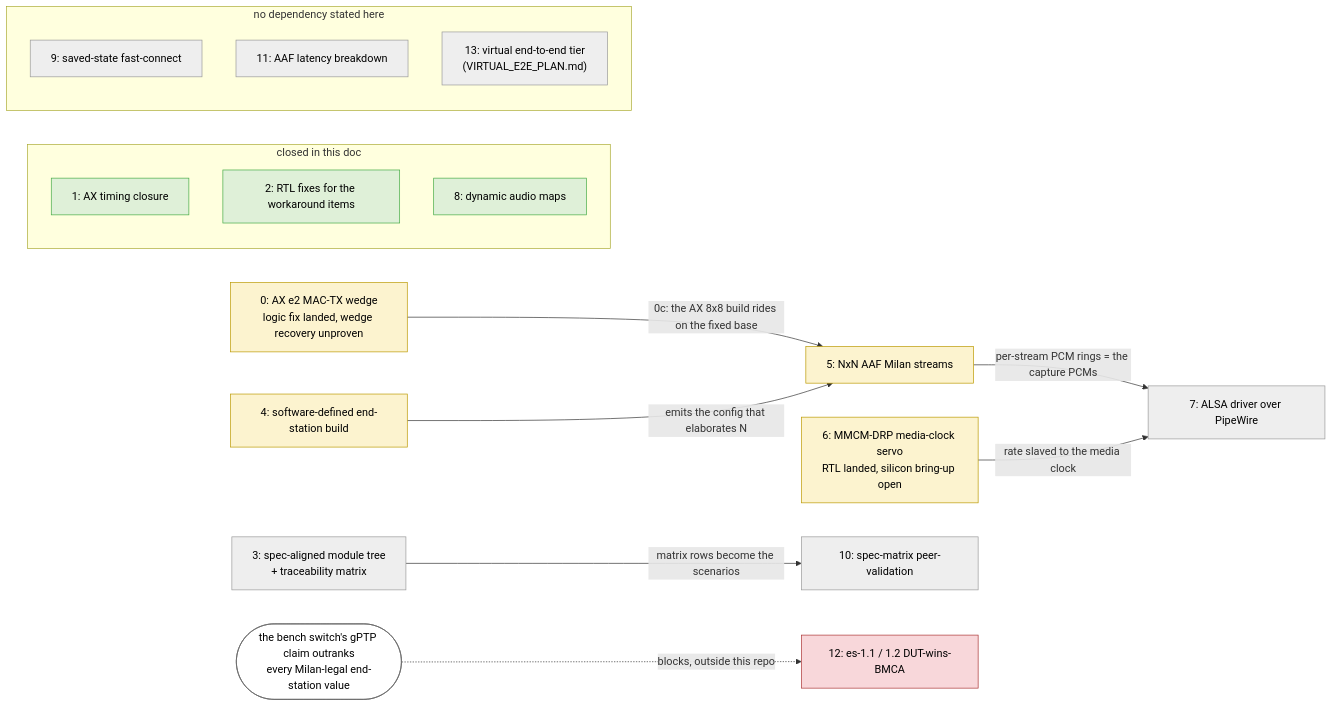
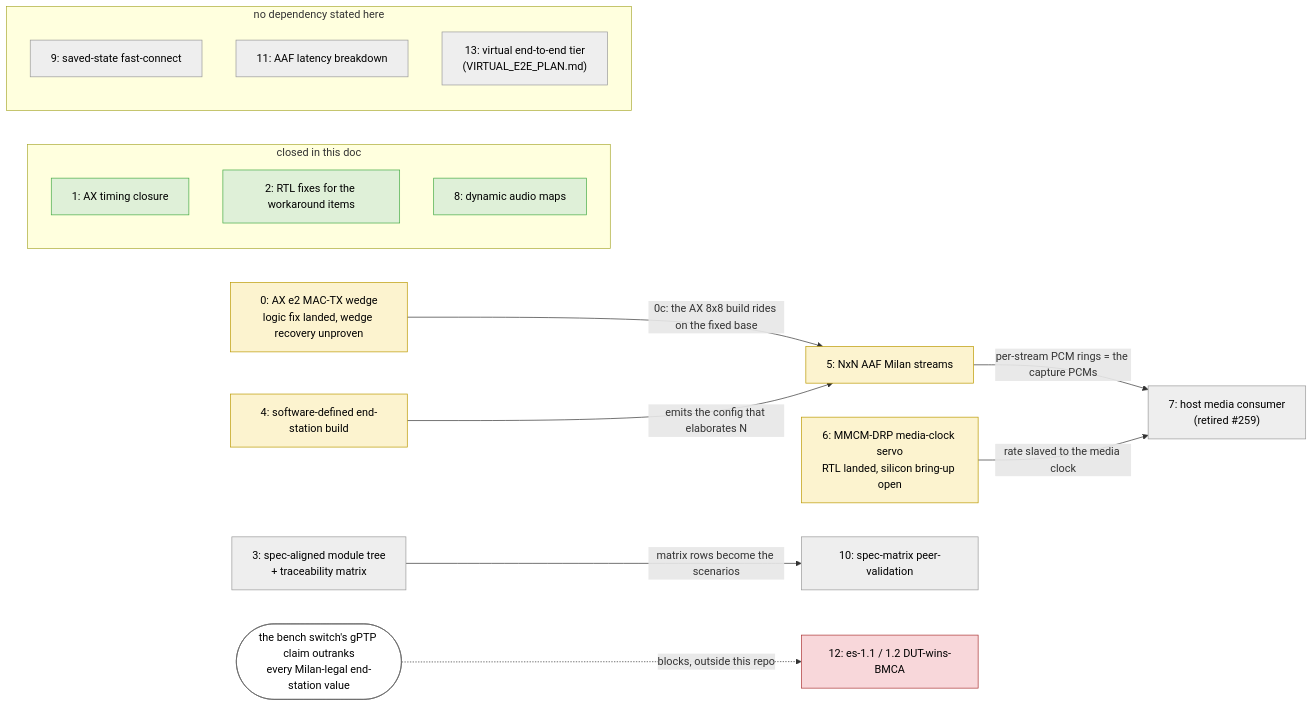
Before and after one commit to kebag-logic/milan-fpga: the diagram in docs/MILAN_COMPLIANCE_GAPS.md, drawn with Mermaid. The commit also changed other lines of this file and 4 other files, not shown here.

Commit message:
Rewrite the requirement, register-map, overview and bench authorities around the bare-metal product: the retired driver and device-tree requirement groups leave the checkout for git history

````diff
--- a/docs/MILAN_COMPLIANCE_GAPS.md
+++ b/docs/MILAN_COMPLIANCE_GAPS.md
@@ -1489,33 +1482,33 @@
 ```mermaid
 flowchart LR
     subgraph CLOSED["closed in this doc"]
         I1["1: AX timing closure"]:::done
         I2["2: RTL fixes for the workaround items"]:::done
         I8["8: dynamic audio maps"]:::done
     end
     subgraph FREE["no dependency stated here"]
         I9["9: saved-state fast-connect"]:::none
         I11["11: AAF latency breakdown"]:::none
         I13["13: virtual end-to-end tier<br/>(VIRTUAL_E2E_PLAN.md)"]:::none
     end
     I0["0: AX e2 MAC-TX wedge<br/>logic fix landed, wedge recovery unproven"]:::part
     I4["4: software-defined end-station build"]:::part
     I3["3: spec-aligned module tree<br/>+ traceability matrix"]:::none
     I5["5: NxN AAF Milan streams"]:::part
     I6["6: MMCM-DRP media-clock servo<br/>RTL landed, silicon bring-up open"]:::part
-    I7["7: ALSA driver over PipeWire"]:::none
+    I7["7: host media consumer<br/>(retired #259)"]:::none
     I10["10: spec-matrix peer-validation"]:::none
     I12["12: es-1.1 / 1.2 DUT-wins-BMCA"]:::block
     SW(["the bench switch's gPTP claim outranks<br/>every Milan-legal end-station value"]):::ext
     I0 -->|"0c: the AX 8x8 build rides on the fixed base"| I5
     I4 -->|"emits the config that elaborates N"| I5
     I5 -->|"per-stream PCM rings = the capture PCMs"| I7
     I6 -->|"rate slaved to the media clock"| I7
     I3 -->|"matrix rows become the scenarios"| I10
     SW -.->|"blocks, outside this repo"| I12
     classDef done fill:#dff0d8,stroke:#4a4,color:#000
     classDef part fill:#fcf3cf,stroke:#b90,color:#000
     classDef none fill:#eeeeee,stroke:#999,color:#000
     classDef block fill:#f8d7da,stroke:#a33,color:#000
     classDef ext fill:#ffffff,stroke:#666,color:#000
 ```
````
